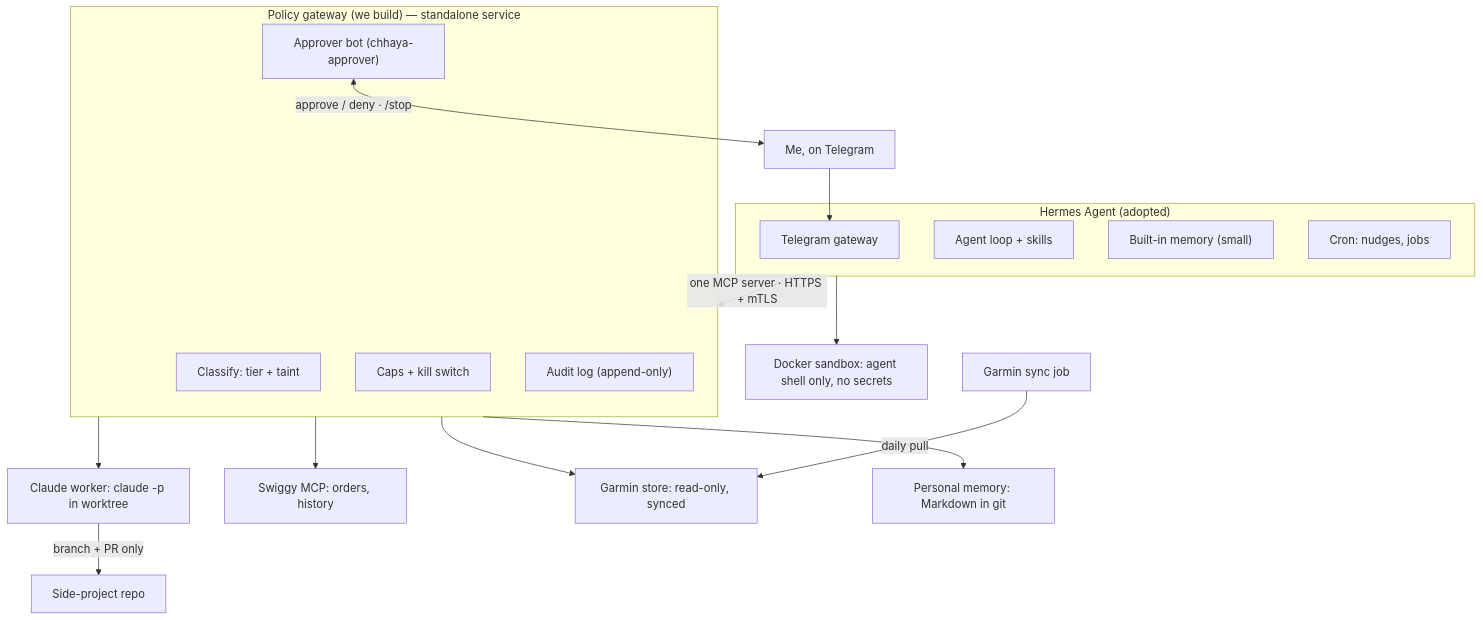
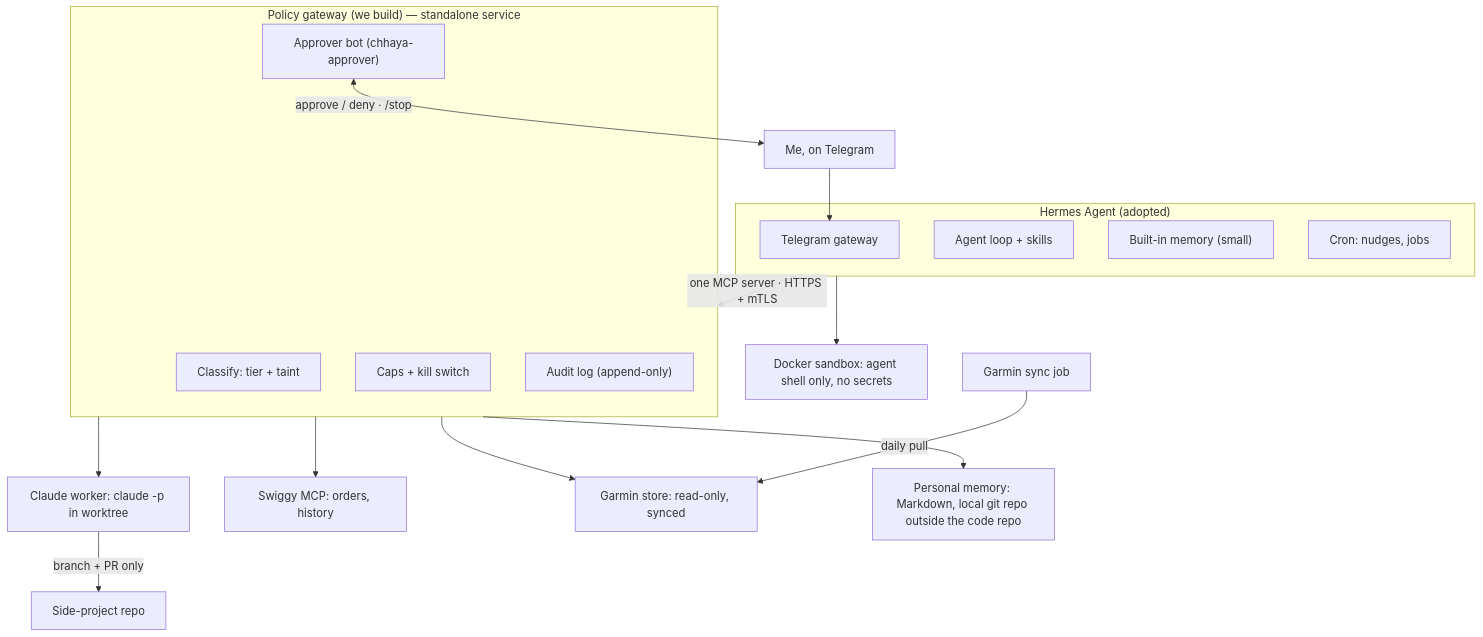
Before and after one commit to satishThakur/chhaya: the first of 3 diagrams in docs/design.md, drawn with Mermaid. The commit also changed other lines of this file and 9 other files, not shown here.

First line of the commit message:
refactor(memory): Personal memory is data, outside the public repo

````diff
--- a/docs/design.md
+++ b/docs/design.md
@@ -41,25 +41,25 @@
 ```mermaid
 flowchart TD
   Me["Me, on Telegram"] --> HTG
   subgraph Hermes["Hermes Agent (adopted)"]
     HTG["Telegram gateway"]
     HLoop["Agent loop + skills"]
     HMem["Built-in memory (small)"]
     HCron["Cron: nudges, jobs"]
   end
   Hermes --> Sandbox["Docker sandbox: agent shell only, no secrets"]
   Hermes -->|"one MCP server · HTTPS + mTLS"| GW
   subgraph GW["Policy gateway (we build) — standalone service"]
     Classify["Classify: tier + taint"]
     Caps["Caps + kill switch"]
     Audit["Audit log (append-only)"]
     Approver["Approver bot (chhaya-approver)"]
   end
   Approver <-->|"approve / deny · /stop"| Me
   GW --> Worker["Claude worker: claude -p in worktree"]
   GW --> Swiggy["Swiggy MCP: orders, history"]
   GW --> Garmin["Garmin store: read-only, synced"]
-  GW --> PM["Personal memory: Markdown in git"]
+  GW --> PM["Personal memory: Markdown, local git repo outside the code repo"]
   Worker -->|"branch + PR only"| Repo["Side-project repo"]
   Sync["Garmin sync job"] -->|"daily pull"| Garmin
 ```
````
